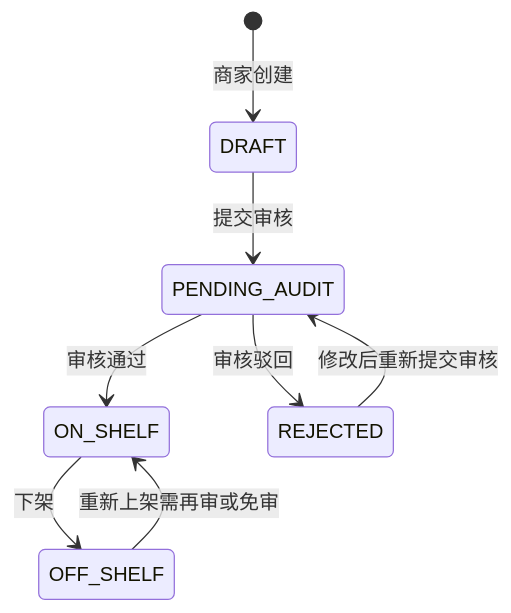
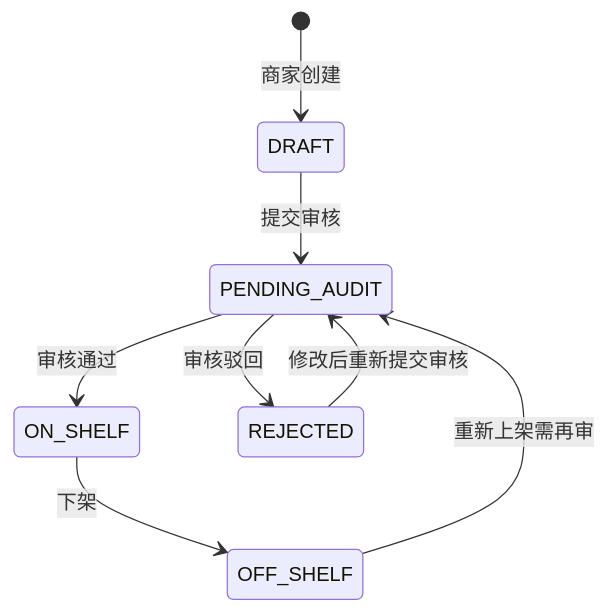
One commit to HMirror123456/ecommerce-platform changed the third of 4 diagrams in docs/domain/DOMAIN_MODEL.md. Above: the diagram before and after it, drawn with Mermaid. The commit also changed 25 other files, not shown here.

````diff
--- a/docs/domain/DOMAIN_MODEL.md
+++ b/docs/domain/DOMAIN_MODEL.md
@@ -169,10 +169,10 @@
 ```mermaid
 stateDiagram-v2
     [*] --> DRAFT: 商家创建
     DRAFT --> PENDING_AUDIT: 提交审核
     PENDING_AUDIT --> ON_SHELF: 审核通过
     PENDING_AUDIT --> REJECTED: 审核驳回
     REJECTED --> PENDING_AUDIT: 修改后重新提交审核
     ON_SHELF --> OFF_SHELF: 下架
-    OFF_SHELF --> ON_SHELF: 重新上架需再审或免审
+    OFF_SHELF --> PENDING_AUDIT: 重新上架需再审
 ```
````
